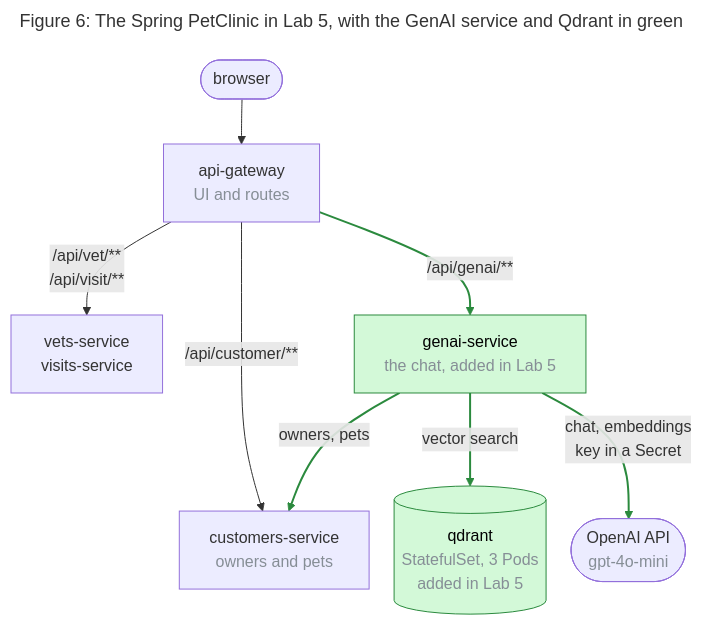
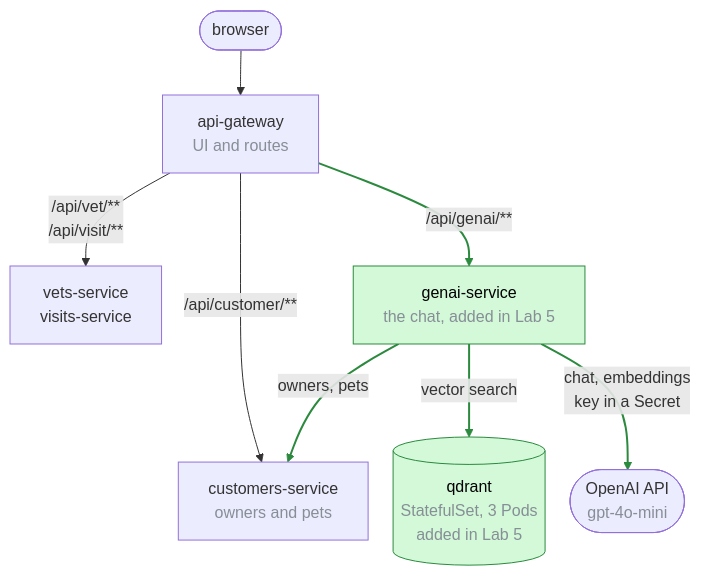
The second of 2 diagrams in _posts/2026-11-08-esigelec-kubernetes-2026.md (mincong-h/mincong-h.github.io), drawn with Mermaid before and after one commit. The commit also changed other lines of this file, not shown here.

First line of the commit message:
Move the title of Figure 6 into a caption in the ESIGELEC Kubernetes 2026 Recap

````diff
--- a/_posts/2026-11-08-esigelec-kubernetes-2026.md
+++ b/_posts/2026-11-08-esigelec-kubernetes-2026.md
@@ -248,29 +248,28 @@
 ```mermaid
 ---
-title: "Figure 6: The Spring PetClinic in Lab 5, with the GenAI service and Qdrant in green"
 config:
   flowchart:
     nodeSpacing: 25
     rankSpacing: 45
 ---
 flowchart TB
     browser([browser])
     gateway["api-gateway<br><span style='color:#868e96 !important'>UI and routes</span>"]
     others["vets-service<br>visits-service"]
     customers["customers-service<br><span style='color:#868e96 !important'>owners and pets</span>"]
     genai["genai-service<br><span style='color:#868e96 !important'>the chat, added in Lab 5</span>"]
     qdrant[("qdrant<br><span style='color:#868e96 !important'>StatefulSet, 3 Pods<br>added in Lab 5</span>")]
     openai(["OpenAI API<br><span style='color:#868e96 !important'>gpt-4o-mini</span>"])
 
     browser --> gateway
     gateway -- "/api/vet/#42;#42;<br>/api/visit/#42;#42;" --> others
     gateway -- "/api/customer/#42;#42;" --> customers
     gateway -- "/api/genai/#42;#42;" --> genai
     genai -- "owners, pets" --> customers
     genai -- "vector search" --> qdrant
     genai -- "chat, embeddings<br>key in a Secret" --> openai
 
     classDef added fill:#d3f9d8,stroke:#2b8a3e,color:#000
     class genai,qdrant added
     linkStyle 3,4,5,6 stroke:#2b8a3e,stroke-width:2px
 ```
````
